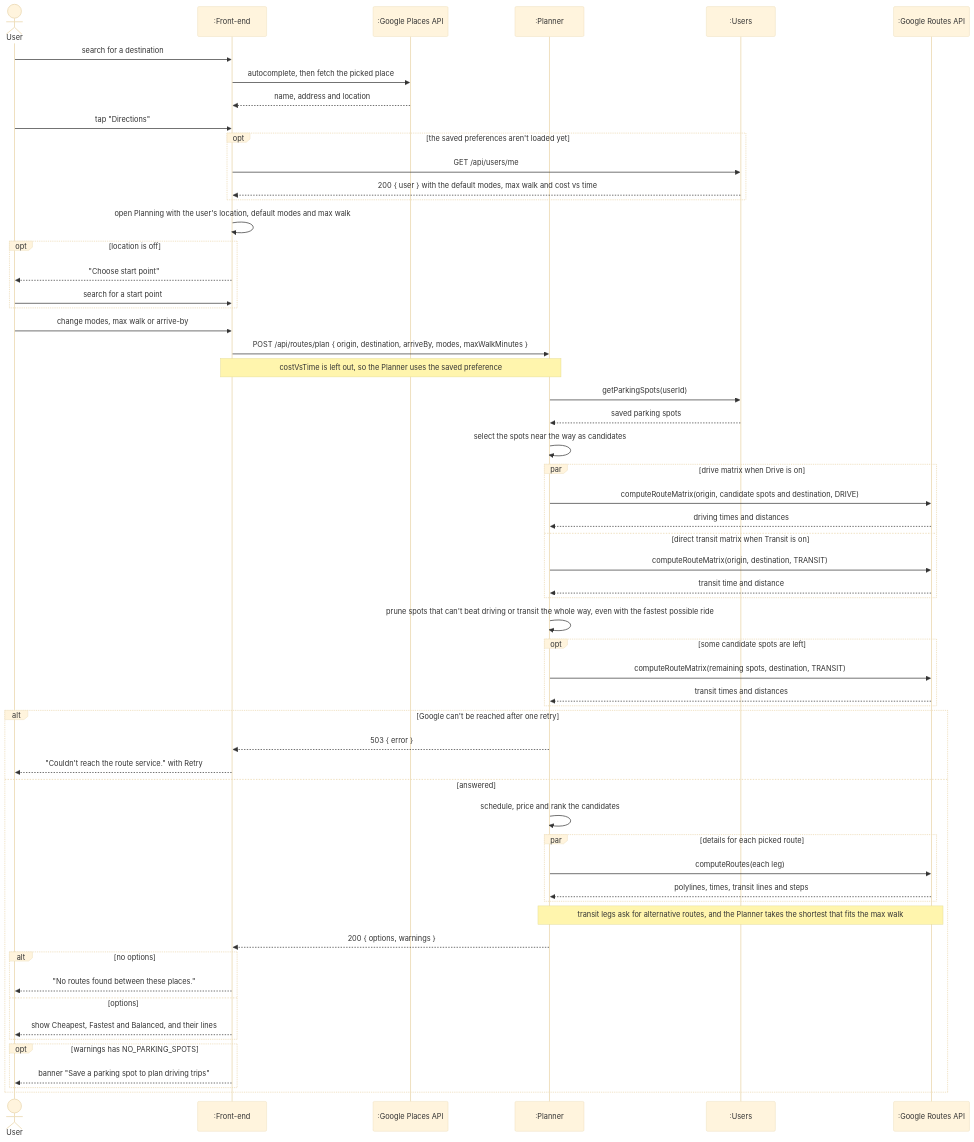
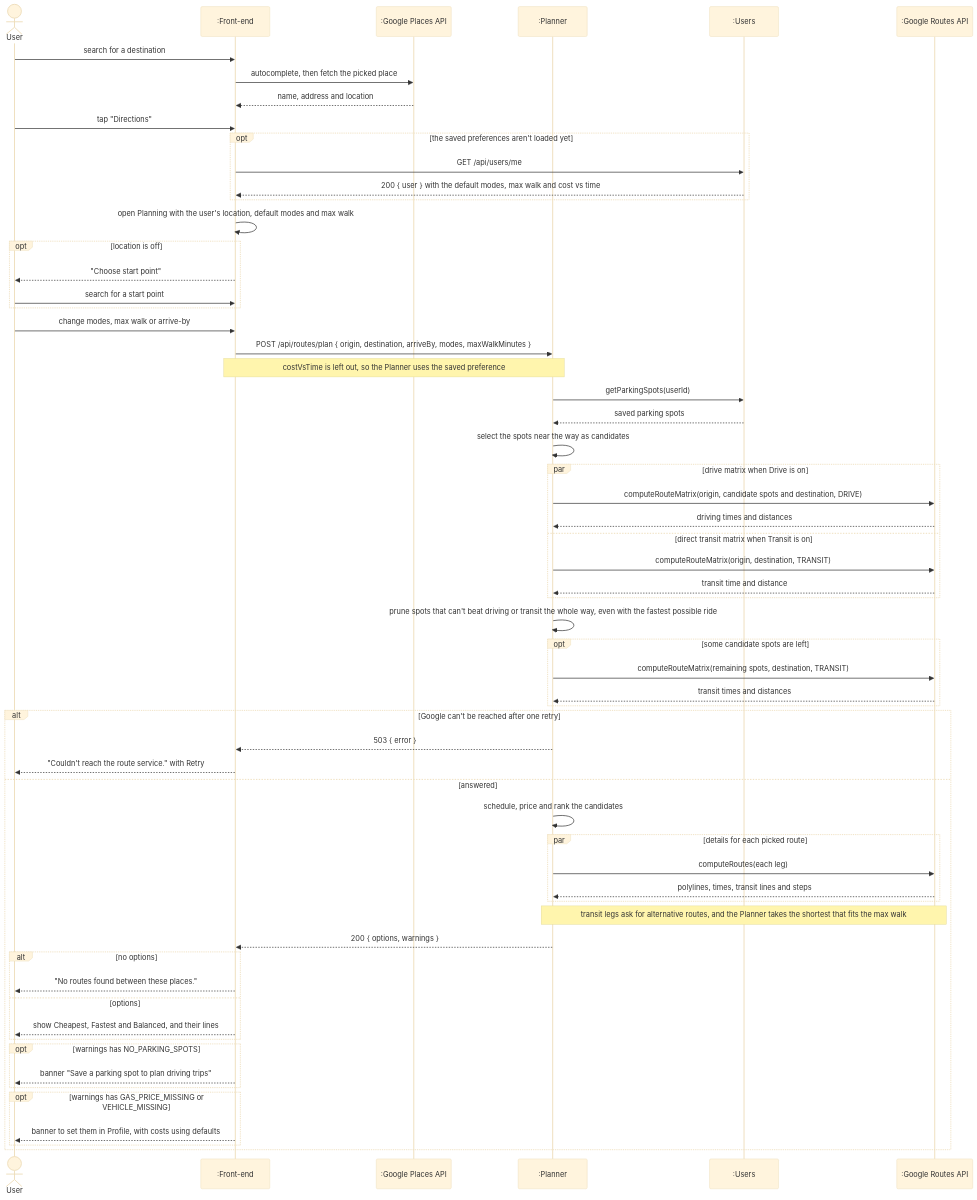
The second of 6 diagrams in documentation/Requirements_and_Design.md (adamdeleeuw/trailmix), drawn with Mermaid (base theme) before and after one commit. The commit also changed other lines of this file, not shown here.

Commit message:
updated sequence diagram to include more failure cases

````diff
--- a/documentation/Requirements_and_Design.md
+++ b/documentation/Requirements_and_Design.md
@@ -483,61 +484,64 @@
 ```mermaid
 sequenceDiagram
     actor User
     participant App as :Front-end
     participant Places as :Google Places API
     participant Planner as :Planner
     participant Users as :Users
     participant GR as :Google Routes API
 
     User->>App: search for a destination
     App->>Places: autocomplete, then fetch the picked place
     Places-->>App: name, address and location
     User->>App: tap "Directions"
     opt the saved preferences aren't loaded yet
         App->>Users: GET /api/users/me
         Users-->>App: 200 { user } with the default modes, max walk and cost vs time
     end
     App->>App: open Planning with the user's location, default modes and max walk
     opt location is off
         App-->>User: "Choose start point"
         User->>App: search for a start point
     end
     User->>App: change modes, max walk or arrive-by
     App->>Planner: POST /api/routes/plan { origin, destination, arriveBy, modes, maxWalkMinutes }
     Note over App,Planner: costVsTime is left out, so the Planner uses the saved preference
     Planner->>Users: getParkingSpots(userId)
     Users-->>Planner: saved parking spots
     Planner->>Planner: select the spots near the way as candidates
     par drive matrix when Drive is on
         Planner->>GR: computeRouteMatrix(origin, candidate spots and destination, DRIVE)
         GR-->>Planner: driving times and distances
     and direct transit matrix when Transit is on
         Planner->>GR: computeRouteMatrix(origin, destination, TRANSIT)
         GR-->>Planner: transit time and distance
     end
     Planner->>Planner: prune spots that can't beat driving or transit the whole way, even with the fastest possible ride
     opt some candidate spots are left
         Planner->>GR: computeRouteMatrix(remaining spots, destination, TRANSIT)
         GR-->>Planner: transit times and distances
     end
     alt Google can't be reached after one retry
         Planner-->>App: 503 { error }
         App-->>User: "Couldn't reach the route service." with Retry
     else answered
         Planner->>Planner: schedule, price and rank the candidates
         par details for each picked route
             Planner->>GR: computeRoutes(each leg)
             GR-->>Planner: polylines, times, transit lines and steps
         end
         Note over Planner,GR: transit legs ask for alternative routes, and the Planner takes the shortest that fits the max walk
         Planner-->>App: 200 { options, warnings }
         alt no options
             App-->>User: "No routes found between these places."
         else options
             App-->>User: show Cheapest, Fastest and Balanced, and their lines
         end
         opt warnings has NO_PARKING_SPOTS
             App-->>User: banner "Save a parking spot to plan driving trips"
         end
+        opt warnings has GAS_PRICE_MISSING or VEHICLE_MISSING
+            App-->>User: banner to set them in Profile, with costs using defaults
+        end
     end
 ```
````
